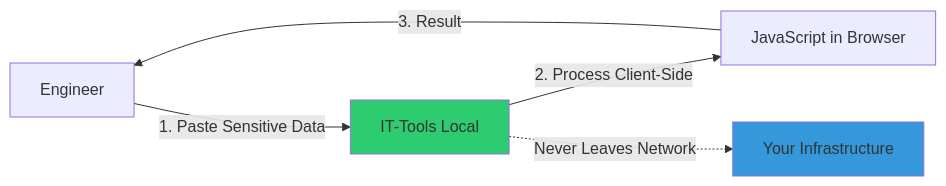
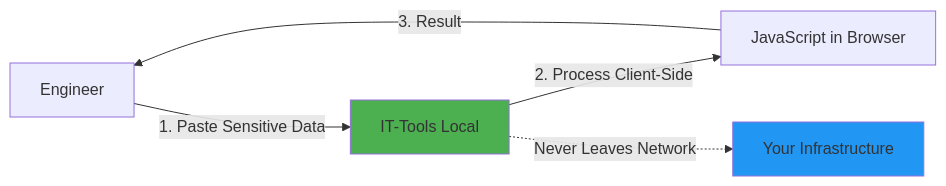
Before and after one commit to VBlackJack/ShellBook: the diagram in docs/devops/productivity-it-tools.md, drawn with Mermaid. The commit also changed other lines of this file and 337 other files, not shown here.

First line of the commit message:
refactor(docs): Standardize code blocks and Mermaid colors

````diff
--- a/docs/devops/productivity-it-tools.md
+++ b/docs/devops/productivity-it-tools.md
@@ -38,10 +38,10 @@
 ```mermaid
 flowchart LR
     A[Engineer] -->|1. Paste Sensitive Data| B[IT-Tools Local]
     B -->|2. Process Client-Side| C[JavaScript in Browser]
     C -->|3. Result| A
     B -.->|Never Leaves Network| D[Your Infrastructure]
 
-    style B fill:#2ecc71
-    style D fill:#3498db
+    style B fill:#4CAF50
+    style D fill:#2196F3
 ```
````
